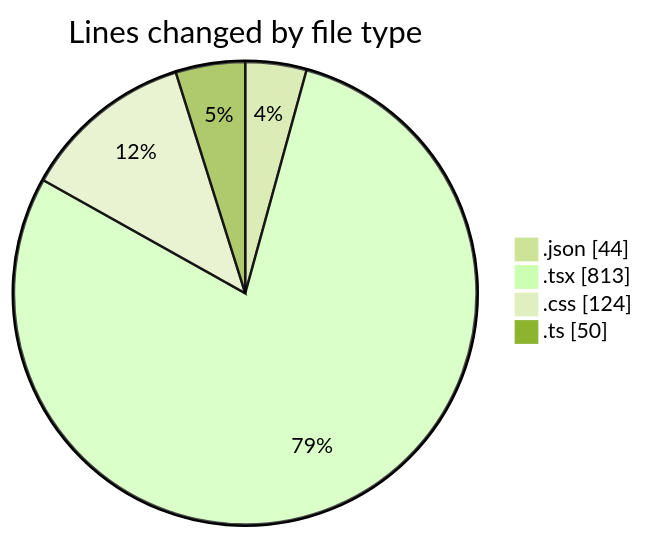
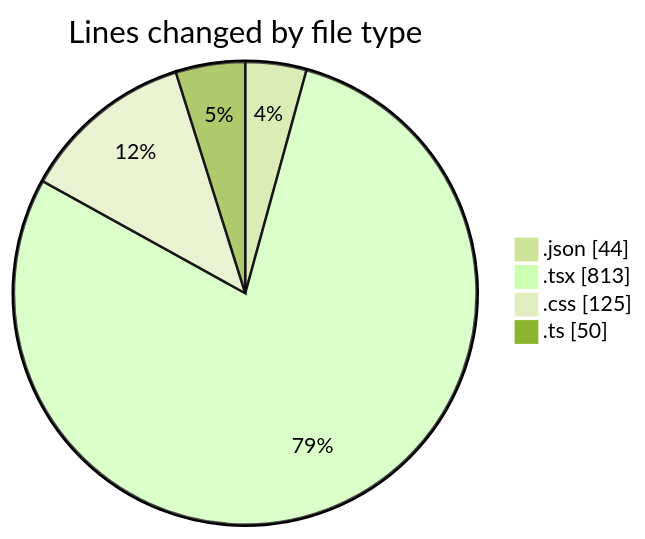
Before and after one commit to robertbonfada/code-tracking: the first of 2 diagrams in 2025-03-18/peregrino-web/README.md, drawn with Mermaid (forest theme). The commit also changed other lines of this file and 1 other file, not shown here.

````diff
--- a/2025-03-18/peregrino-web/README.md
+++ b/2025-03-18/peregrino-web/README.md
@@ -30,8 +30,8 @@
 ```mermaid
 pie showData
 title Lines changed by file type
 ".json" : 44
 ".tsx" : 813
-".css" : 124
+".css" : 125
 ".ts" : 50
 ```
````
